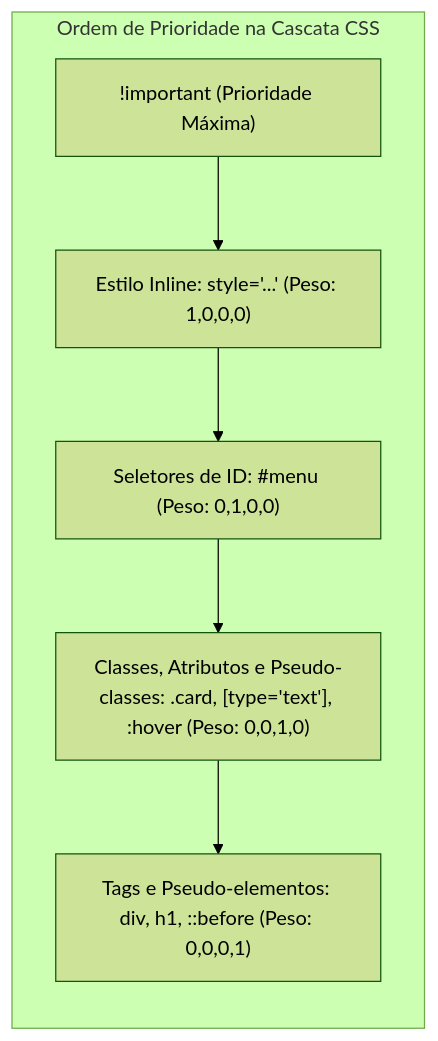
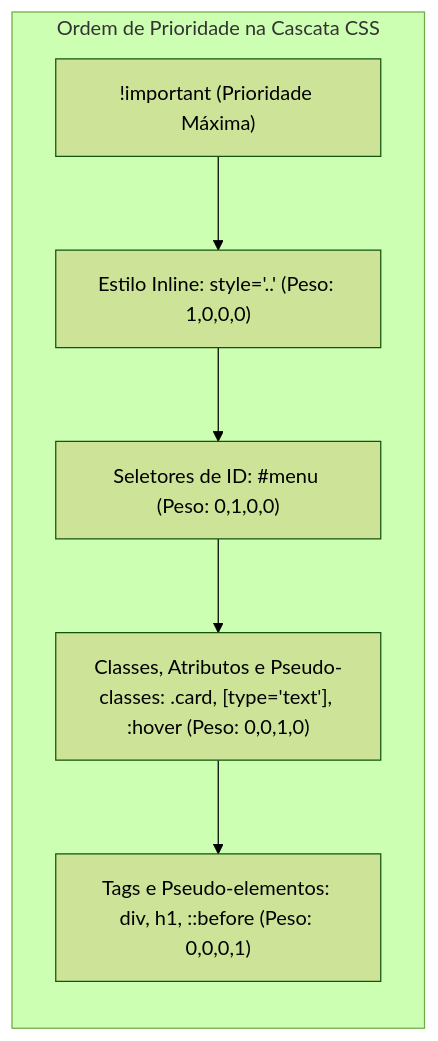
The second of 5 diagrams in fontes_de_estudo/conhecimentos_especificos_b02_ti/05_desenvolvimento_de_sistemas/03_desenvolvimento_frontend_html_css_react_typescript.md (thiagosantos346/TCE-GO-2027), drawn with Mermaid (forest theme) before and after one commit. The commit also changed other lines of this file and 123 other files, not shown here.

````diff
--- a/fontes_de_estudo/conhecimentos_especificos_b02_ti/05_desenvolvimento_de_sistemas/03_desenvolvimento_frontend_html_css_react_typescript.md
+++ b/fontes_de_estudo/conhecimentos_especificos_b02_ti/05_desenvolvimento_de_sistemas/03_desenvolvimento_frontend_html_css_react_typescript.md
@@ -228,11 +228,11 @@
 ```mermaid
 flowchart LR
     subgraph Cascata["Ordem de Prioridade na Cascata CSS"]
         Imp["!important (Prioridade Máxima)"]
-        Inline["Estilo Inline: style='...' (Peso: 1,0,0,0)"]
+        Inline["Estilo Inline: style='..' (Peso: 1,0,0,0)"]
         IDs["Seletores de ID: #menu (Peso: 0,1,0,0)"]
         Classes["Classes, Atributos e Pseudo-classes: .card, [type='text'], :hover (Peso: 0,0,1,0)"]
         Tags["Tags e Pseudo-elementos: div, h1, ::before (Peso: 0,0,0,1)"]
     end
     Imp --> Inline --> IDs --> Classes --> Tags
 ```
````
